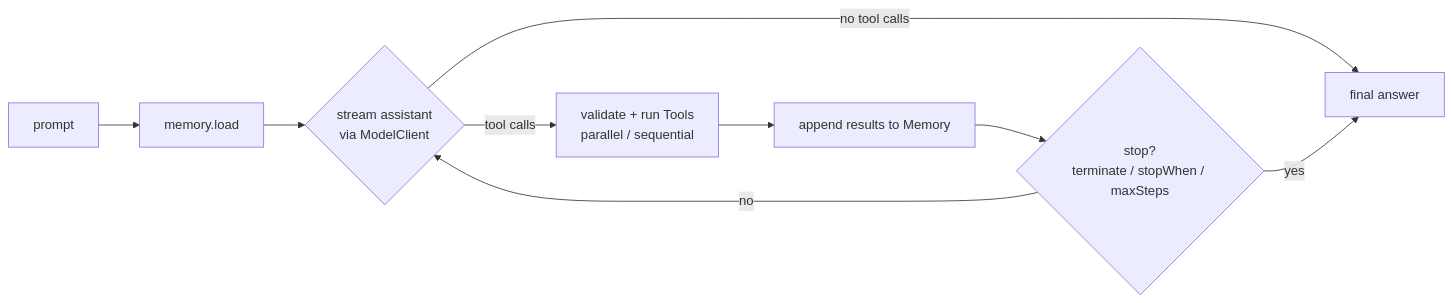
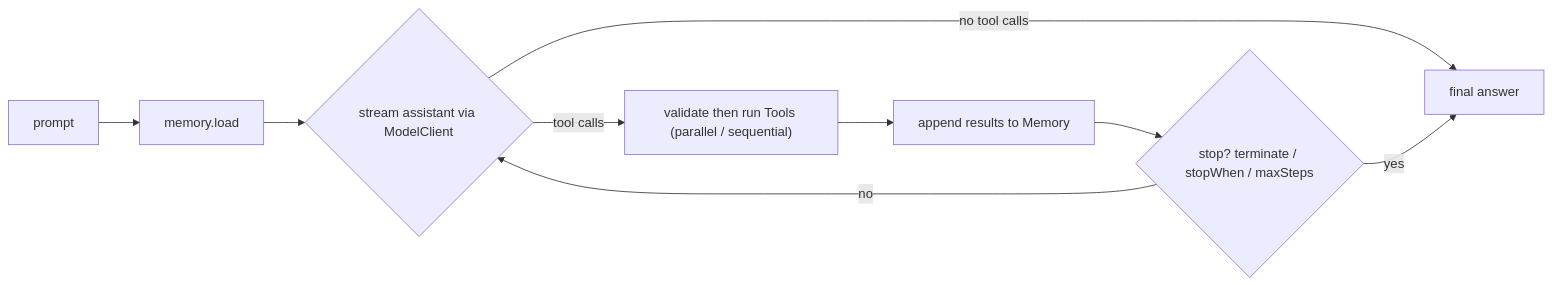
Before and after one commit to featherless-ai/open-agent-loops: the second of 3 diagrams in agent-core/docs/architecture.md, drawn with Mermaid. The commit also changed other lines of this file and 1 other file, not shown here.

First line of the commit message:
Lead docs with a lightweight-SDK architecture diagram

````diff
--- a/agent-core/docs/architecture.md
+++ b/agent-core/docs/architecture.md
@@ -153,11 +76,11 @@
 ```mermaid
 flowchart LR
-    A[prompt] --> B[memory.load]
-    B --> C{stream assistant<br/>via ModelClient}
-    C -->|no tool calls| F[final answer]
-    C -->|tool calls| D[validate + run Tools<br/>parallel / sequential]
-    D --> E[append results to Memory]
-    E --> G{stop?<br/>terminate / stopWhen / maxSteps}
+    A["prompt"] --> B["memory.load"]
+    B --> C{"stream assistant via ModelClient"}
+    C -->|no tool calls| F["final answer"]
+    C -->|tool calls| D["validate then run Tools (parallel / sequential)"]
+    D --> E["append results to Memory"]
+    E --> G{"stop? terminate / stopWhen / maxSteps"}
     G -->|no| C
     G -->|yes| F
 ```
````
